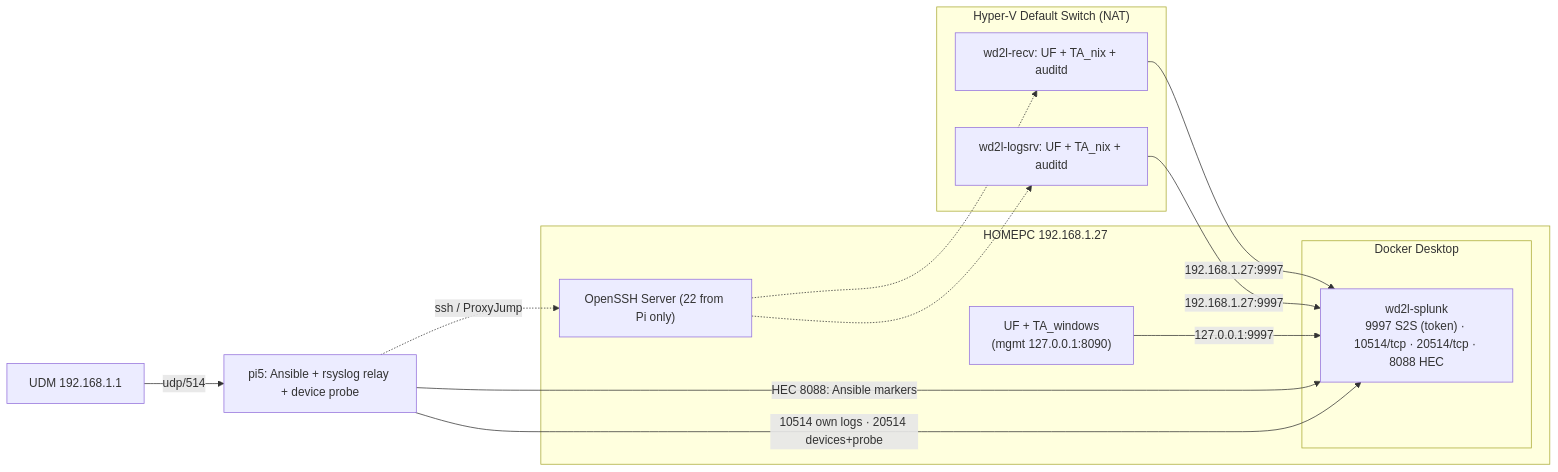
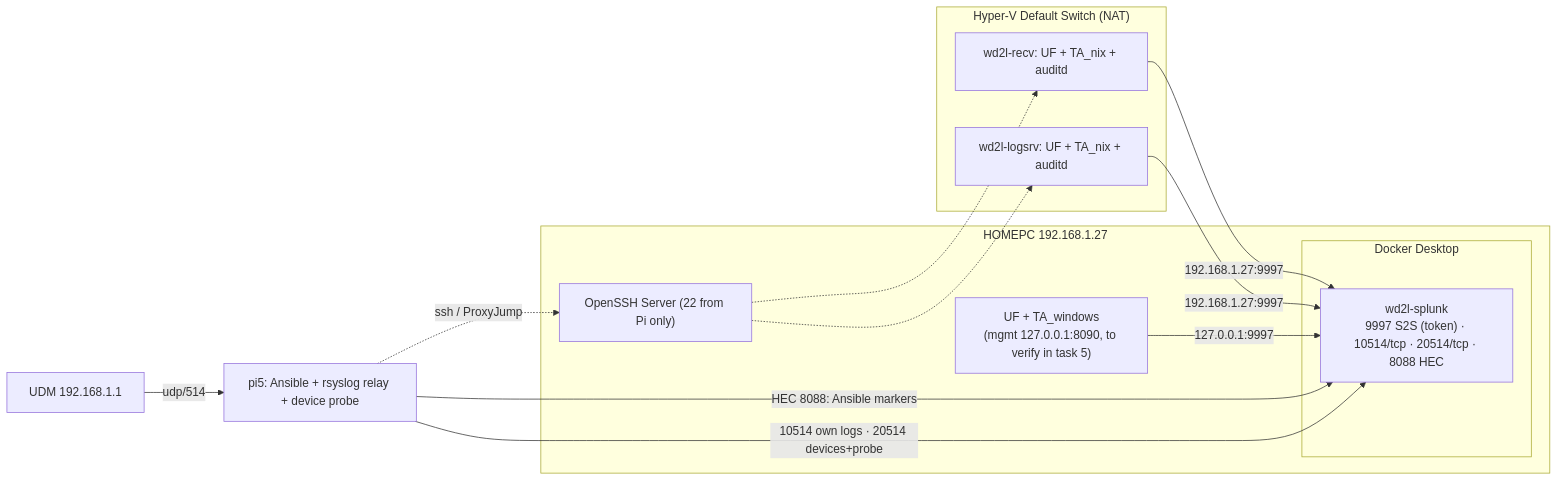
The diagram in docs/specs/2026-10-30-design.md (JoeHazurmoney/homelab-splunk-missing-source), drawn with Mermaid before and after one commit. The commit also changed other lines of this file, not shown here.

````diff
--- a/docs/specs/2026-10-30-design.md
+++ b/docs/specs/2026-10-30-design.md
@@ -38,22 +38,22 @@
 ```mermaid
 flowchart LR
   subgraph PC["HOMEPC 192.168.1.27"]
-    WUF["UF + TA_windows\n(mgmt 127.0.0.1:8090)"]
+    WUF["UF + TA_windows\n(mgmt 127.0.0.1:8090, to verify in task 5)"]
     subgraph DD["Docker Desktop"]
       SPL["wd2l-splunk\n9997 S2S (token) · 10514/tcp · 20514/tcp · 8088 HEC"]
     end
     SSHD["OpenSSH Server (22 from Pi only)"]
   end
   subgraph HV["Hyper-V Default Switch (NAT)"]
     L["wd2l-logsrv: UF + TA_nix + auditd"]
     R["wd2l-recv: UF + TA_nix + auditd"]
   end
   PI["pi5: Ansible + rsyslog relay + device probe"]
   UDM["UDM 192.168.1.1"]
   WUF -->|127.0.0.1:9997| SPL
   L & R -->|192.168.1.27:9997| SPL
   UDM -->|udp/514| PI
   PI -->|10514 own logs · 20514 devices+probe| SPL
   PI -->|HEC 8088: Ansible markers| SPL
   PI -. ssh / ProxyJump .-> SSHD -.-> L & R
 ```
````
